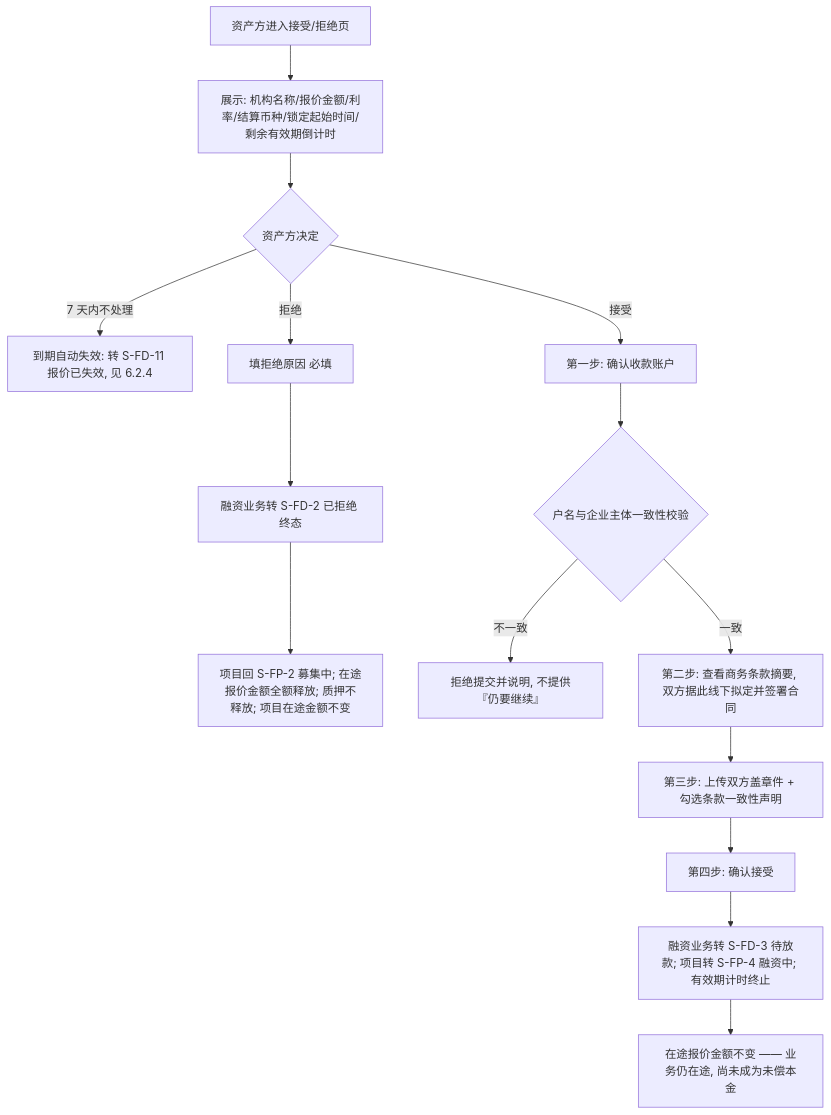
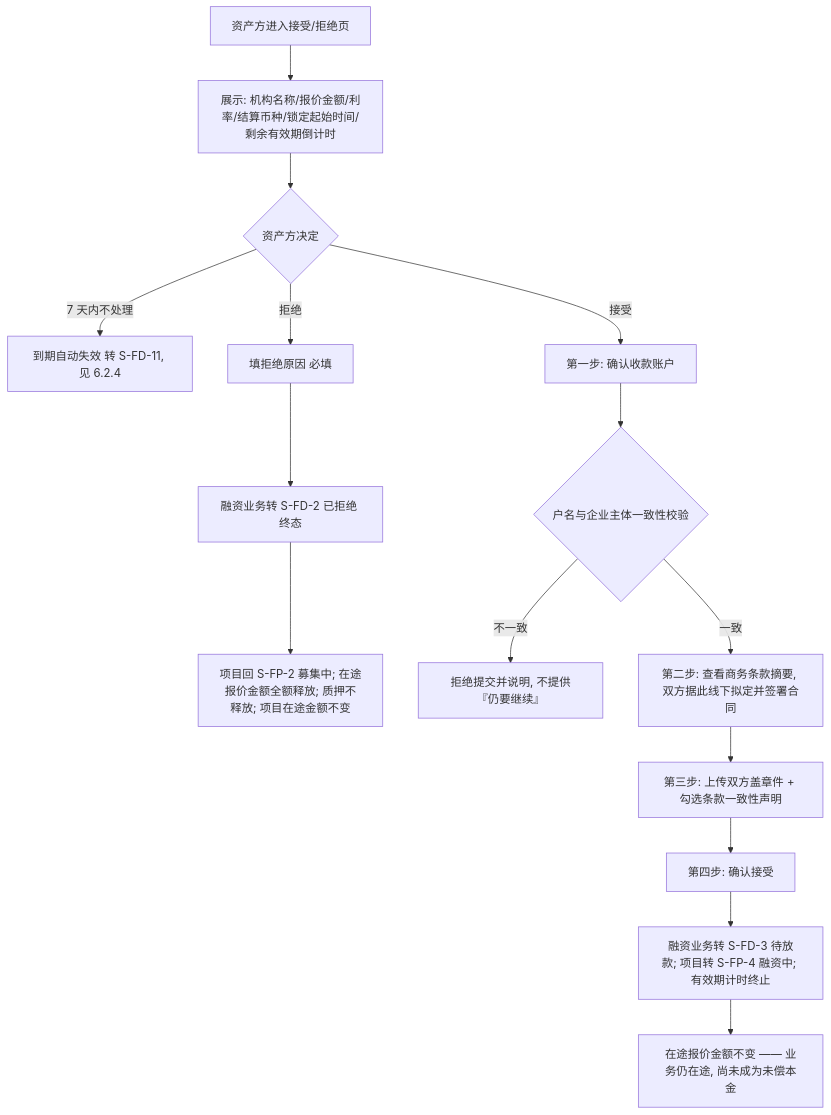
The second of 3 diagrams in financial-service-platform/prd/v1.0-借贷广场-授信报价与接受拒绝/v1.0-借贷广场-授信报价与接受拒绝-PRD.md (wxblockchain/Chain-Financing), drawn with Mermaid before and after one commit. The commit also changed other lines of this file and 1 other file, not shown here.

````diff
--- a/financial-service-platform/prd/v1.0-借贷广场-授信报价与接受拒绝/v1.0-借贷广场-授信报价与接受拒绝-PRD.md
+++ b/financial-service-platform/prd/v1.0-借贷广场-授信报价与接受拒绝/v1.0-借贷广场-授信报价与接受拒绝-PRD.md
@@ -180,17 +176,17 @@
 ```mermaid
 flowchart TD
   A[资产方进入接受/拒绝页] --> B[展示: 机构名称/报价金额/利率/结算币种/锁定起始时间/剩余有效期倒计时]
   B --> C{资产方决定}
-  C -- 7 天内不处理 --> X[到期自动失效: 转 S-FD-11 报价已失效, 见 6.2.4]
+  C -- 7 天内不处理 --> X[到期自动失效 转 S-FD-11, 见 6.2.4]
   C -- 拒绝 --> D[填拒绝原因 必填]
   D --> E[融资业务转 S-FD-2 已拒绝 终态]
   E --> F[项目回 S-FP-2 募集中; 在途报价金额全额释放; 质押不释放; 项目在途金额不变]
   C -- 接受 --> G[第一步: 确认收款账户]
   G --> H{户名与企业主体一致性校验}
   H -- 不一致 --> I[拒绝提交并说明, 不提供『仍要继续』]
   H -- 一致 --> J[第二步: 查看商务条款摘要, 双方据此线下拟定并签署合同]
   J --> K[第三步: 上传双方盖章件 + 勾选条款一致性声明]
   K --> L[第四步: 确认接受]
   L --> M[融资业务转 S-FD-3 待放款; 项目转 S-FP-4 融资中; 有效期计时终止]
   M --> N[在途报价金额不变 —— 业务仍在途, 尚未成为未偿本金]
 ```
````
